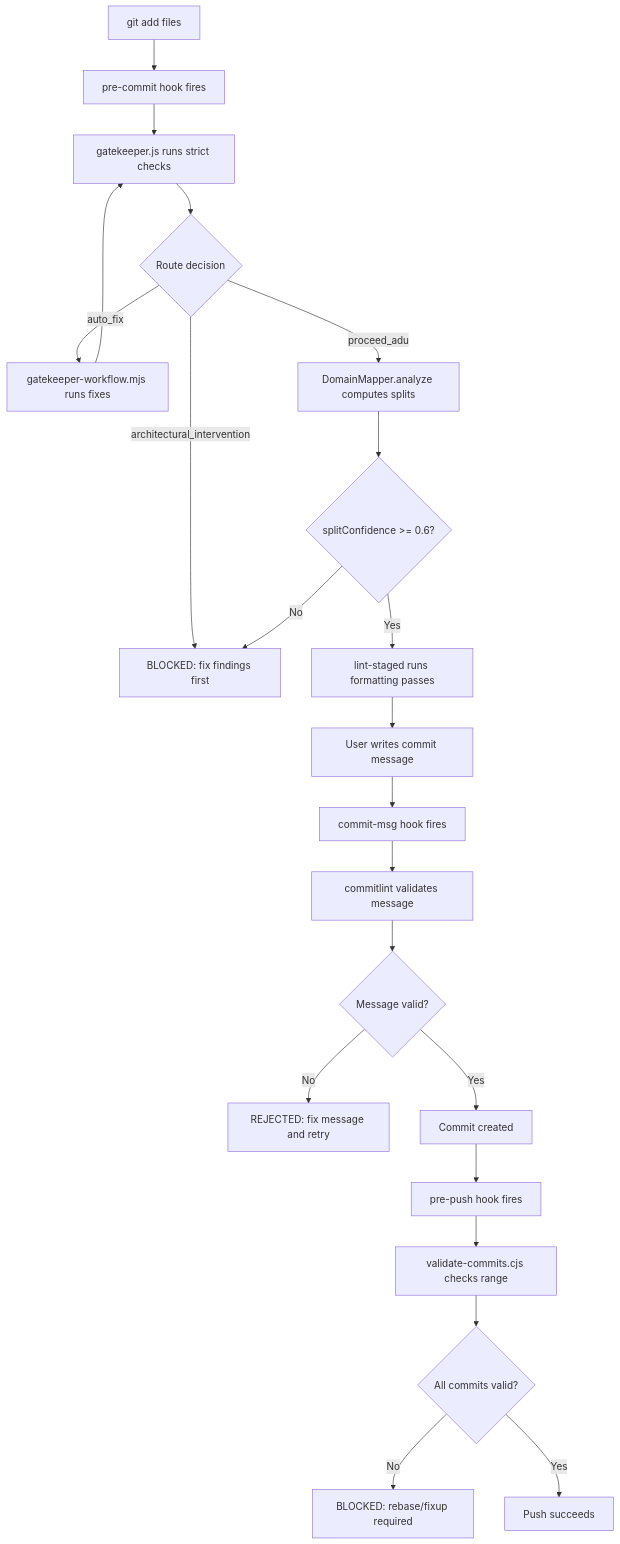
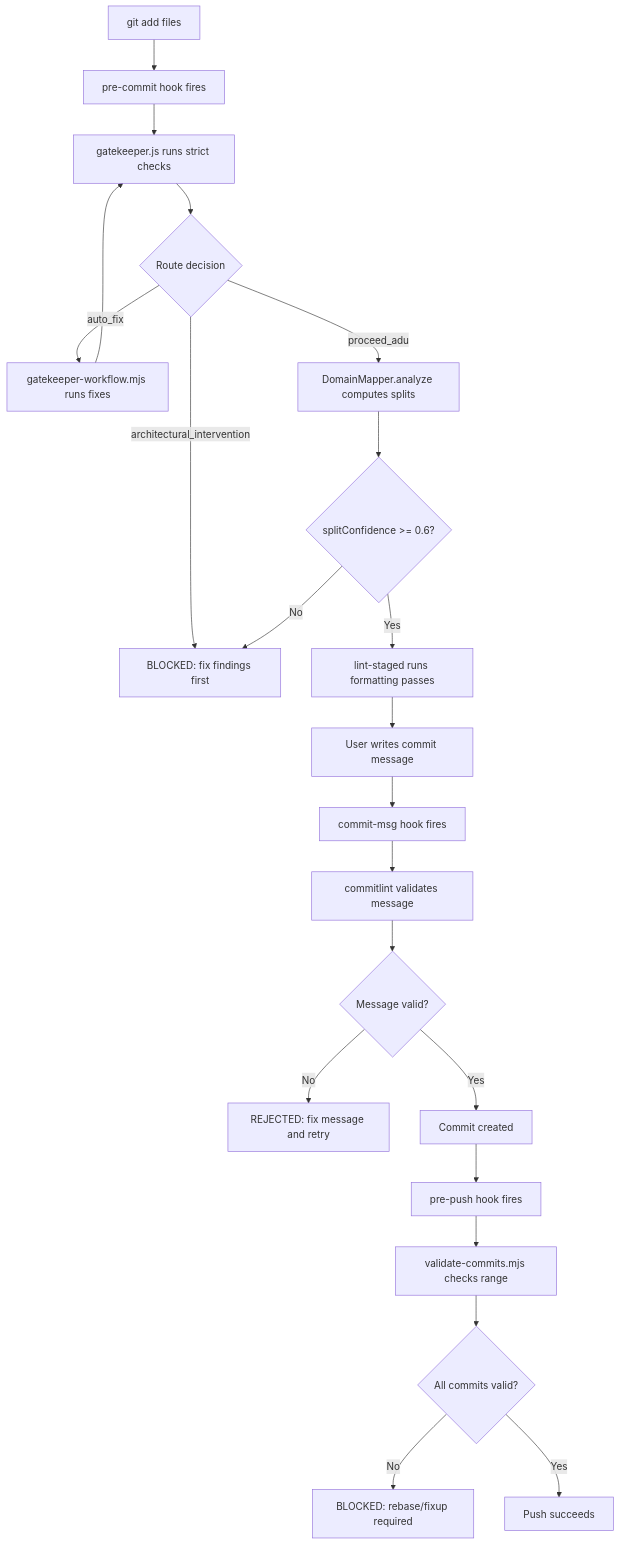
The diagram in docs/core/git-governance.md (fm-dev-mx/celebra-me), drawn with Mermaid before and after one commit. The commit also changed other lines of this file and 5 other files, not shown here.

````diff
--- a/docs/core/git-governance.md
+++ b/docs/core/git-governance.md
@@ -54,24 +54,24 @@
 ```mermaid
 flowchart TD
     A[git add files] --> B[pre-commit hook fires]
     B --> C[gatekeeper.js runs strict checks]
     C --> D{Route decision}
     D -->|architectural_intervention| E[BLOCKED: fix findings first]
     D -->|auto_fix| F[gatekeeper-workflow.mjs runs fixes]
     F --> C
     D -->|proceed_adu| G[DomainMapper.analyze computes splits]
     G --> H{splitConfidence >= 0.6?}
     H -->|No| E
     H -->|Yes| I[lint-staged runs formatting passes]
     I --> J[User writes commit message]
     J --> K[commit-msg hook fires]
     K --> L[commitlint validates message]
     L --> M{Message valid?}
     M -->|No| N[REJECTED: fix message and retry]
     M -->|Yes| O[Commit created]
     O --> P[pre-push hook fires]
-    P --> Q[validate-commits.cjs checks range]
+    P --> Q[validate-commits.mjs checks range]
     Q --> R{All commits valid?}
     R -->|No| S[BLOCKED: rebase/fixup required]
     R -->|Yes| T[Push succeeds]
 ```
````
